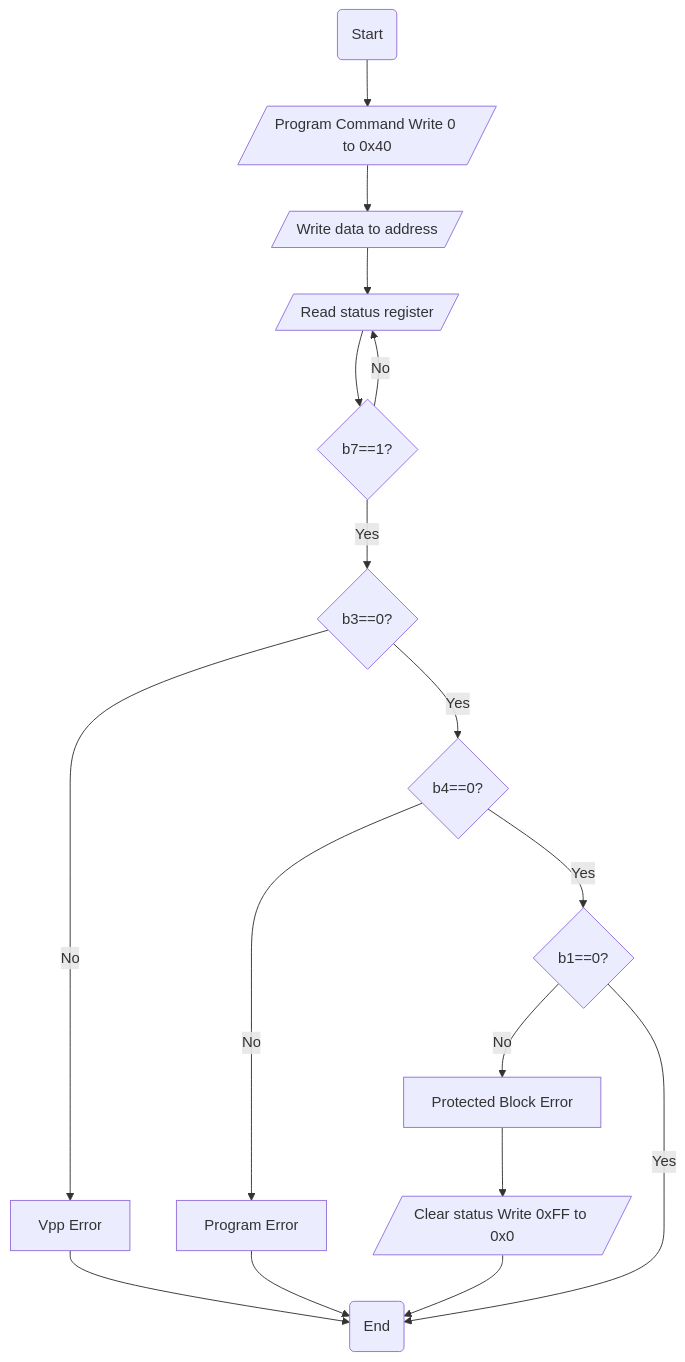
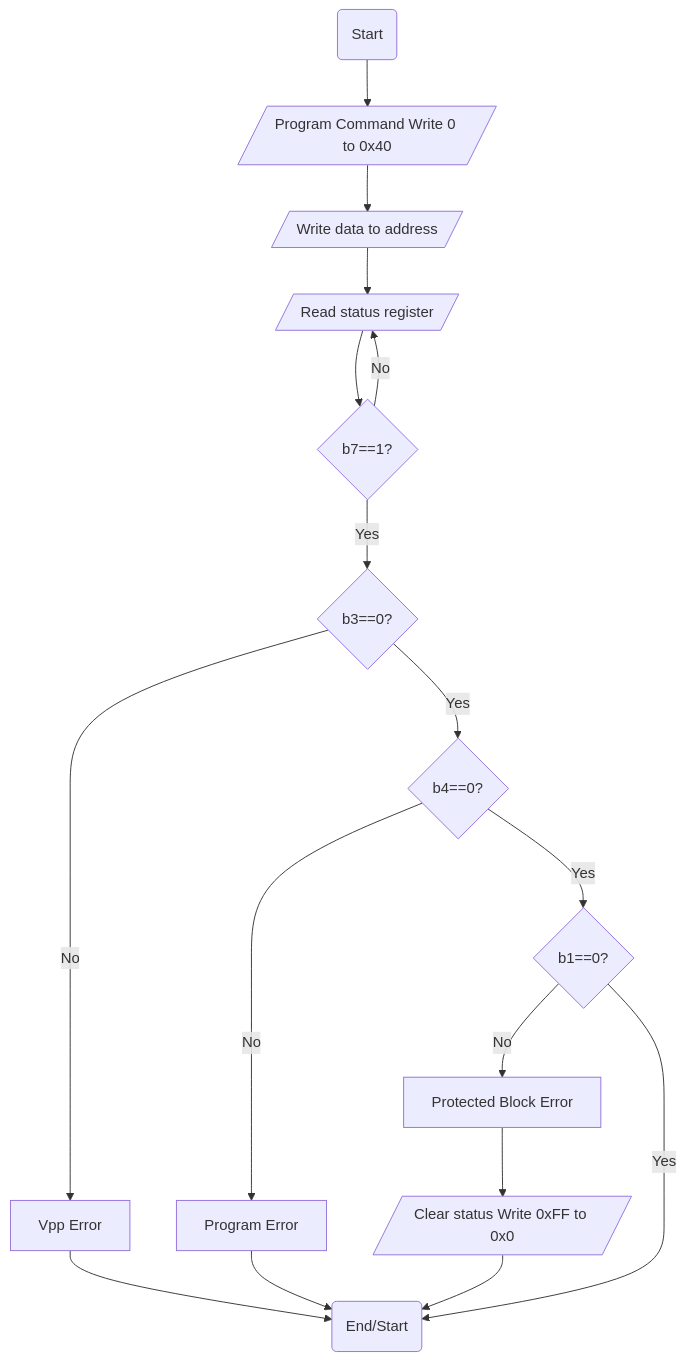
Before and after one commit to aungkhantmaw64/flash-driver: the diagram in README.md, drawn with Mermaid. The commit also changed other lines of this file, not shown here.

````diff
--- a/README.md
+++ b/README.md
@@ -10,35 +5,35 @@
 ```mermaid
 flowchart TD
     id1(Start)
     id2[/Program Command Write 0 to 0x40/]
     id3[/Write data to address/]
     id4[/Read status register/]
     id5{b7==1?}
     id6{b3==0?}
     id7{b4==0?}
     id8{b1==0?}
-    id9(End)
+    id9(End/Start)
     id10[Vpp Error]
     id11[Program Error]
     id12[Protected Block Error]
     id13[/Clear status Write 0xFF to 0x0/]
 
     id1 --> id2
     id2 --> id3
     id3 --> id4
     id4 --> id5
     id5 --> |No| id4
     id5 --> |Yes| id6
     id6 --> |No| id10
     id6 --> |Yes| id7
     id7 --> |No| id11
     id7 --> |Yes| id8
     id8 --> |No| id12
     id8 --> |Yes| id9
     id12 --> id13
 
     id10 --> id9
     id11 --> id9
     id13 --> id9
 
 ```
````
